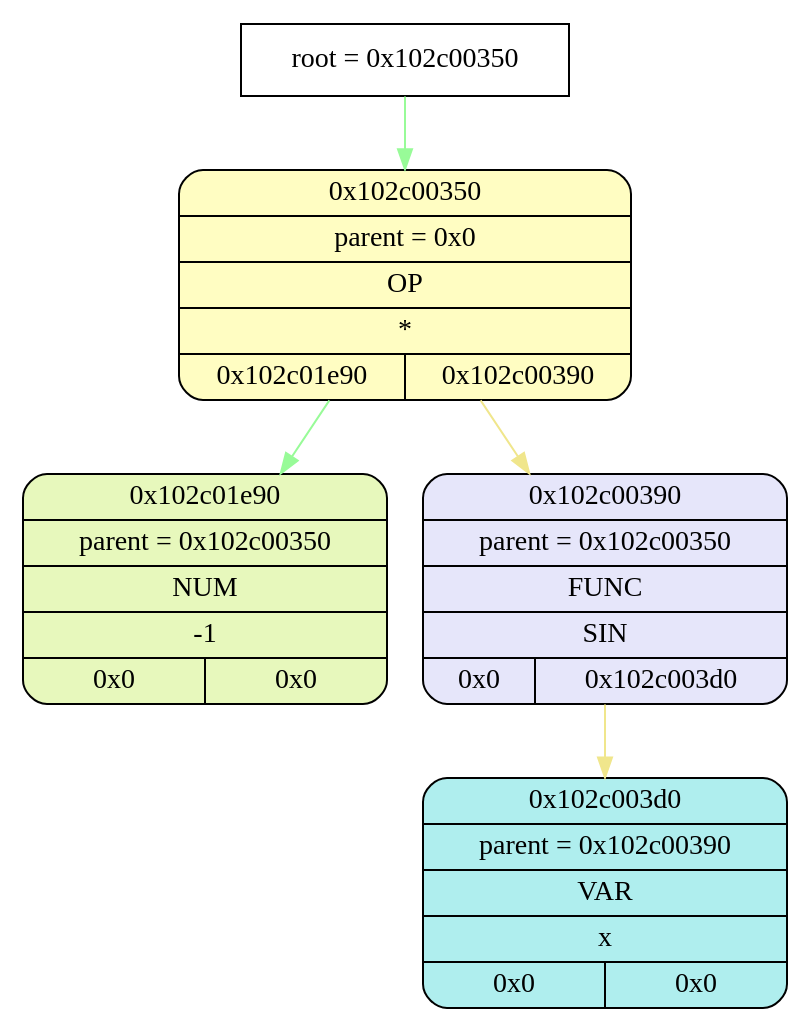
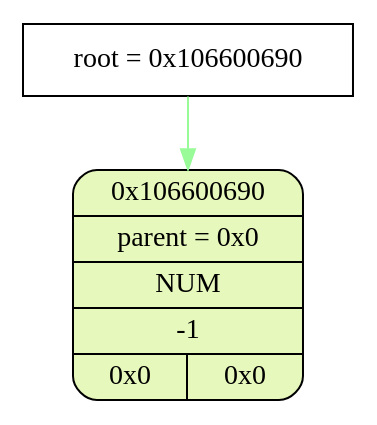
One commit to esgalimov/differentiator changed the diagram in tmp/graphviz.dot. Above: the diagram before and after it, drawn with Graphviz. The commit also changed 9 other files, not shown here.

```diff
--- a/tmp/graphviz.dot
+++ b/tmp/graphviz.dot
@@ -1,17 +1,8 @@
 digraph
 {
-    node_info[shape = record, label = "{root = 0x102c00350}"];
+    node_info[shape = record, label = "{root = 0x106600690}"];
 
-    node_info->node_0x102c00350 [color = "#98FB98"];
-    node_0x102c00350[shape = Mrecord, label = "{{0x102c00350} | {parent =  0x0} | {OP} | {*} | {0x102c01e90 | 0x102c00390}}",
-                style="filled", fillcolor="#FFFDC2"];
-    node_0x102c01e90[shape = Mrecord, label = "{{0x102c01e90} | {parent =  0x102c00350} | {NUM} | {-1} | {0x0 | 0x0}}",
+    node_info->node_0x106600690 [color = "#98FB98"];
+    node_0x106600690[shape = Mrecord, label = "{{0x106600690} | {parent =  0x0} | {NUM} | {-1} | {0x0 | 0x0}}",
                 style="filled", fillcolor="#E7F8BC"];
-    node_0x102c00390[shape = Mrecord, label = "{{0x102c00390} | {parent =  0x102c00350} | {FUNC} | {SIN} | {0x0 | 0x102c003d0}}",
-                style="filled", fillcolor="#E6E6FA"];
-    node_0x102c003d0[shape = Mrecord, label = "{{0x102c003d0} | {parent =  0x102c00390} | {VAR} | {x} | {0x0 | 0x0}}",
-                style="filled", fillcolor="#AFEEEE"];
-    node_0x102c00350->node_0x102c01e90 [color = "#98FB98"];
-    node_0x102c00350->node_0x102c00390 [color = "#F0E68C"];
-    node_0x102c00390->node_0x102c003d0 [color = "#F0E68C"];
 }
```
